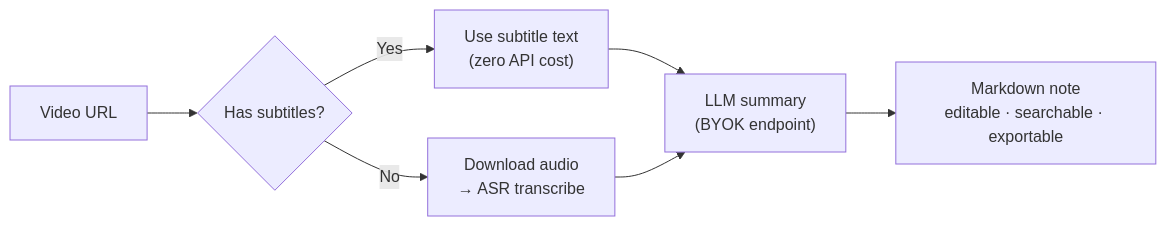
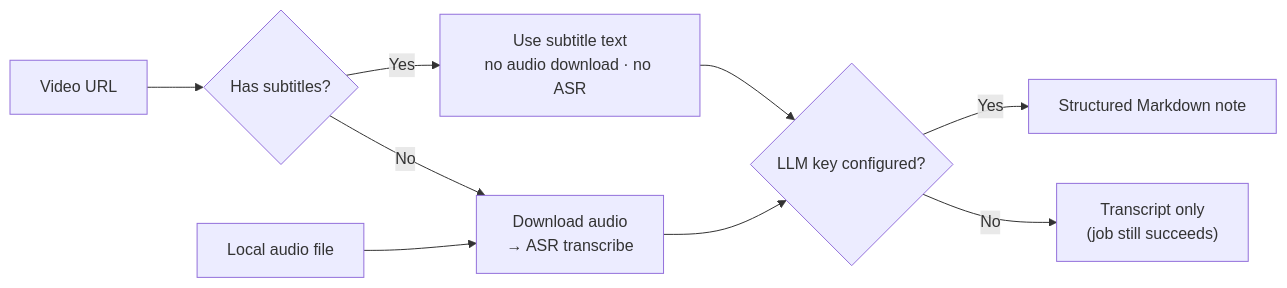
Before and after one commit to soloworktop/vts: the diagram in README.en.md, drawn with Mermaid. The commit also changed other lines of this file and 3 other files, not shown here.

````diff
--- a/README.en.md
+++ b/README.en.md
@@ -42,9 +57,11 @@
 ```mermaid
 flowchart LR
     A["Video URL"] --> B{"Has subtitles?"}
-    B -- "Yes" --> C["Use subtitle text<br/>(zero API cost)"]
+    B -- "Yes" --> C["Use subtitle text<br/>no audio download · no ASR"]
     B -- "No" --> D["Download audio<br/>→ ASR transcribe"]
-    C --> E["LLM summary<br/>(BYOK endpoint)"]
+    L["Local audio file"] --> D
+    C --> E{"LLM key configured?"}
     D --> E
-    E --> F["Markdown note<br/>editable · searchable · exportable"]
+    E -- "Yes" --> F["Structured Markdown note"]
+    E -- "No" --> G["Transcript only<br/>(job still succeeds)"]
 ```
````
